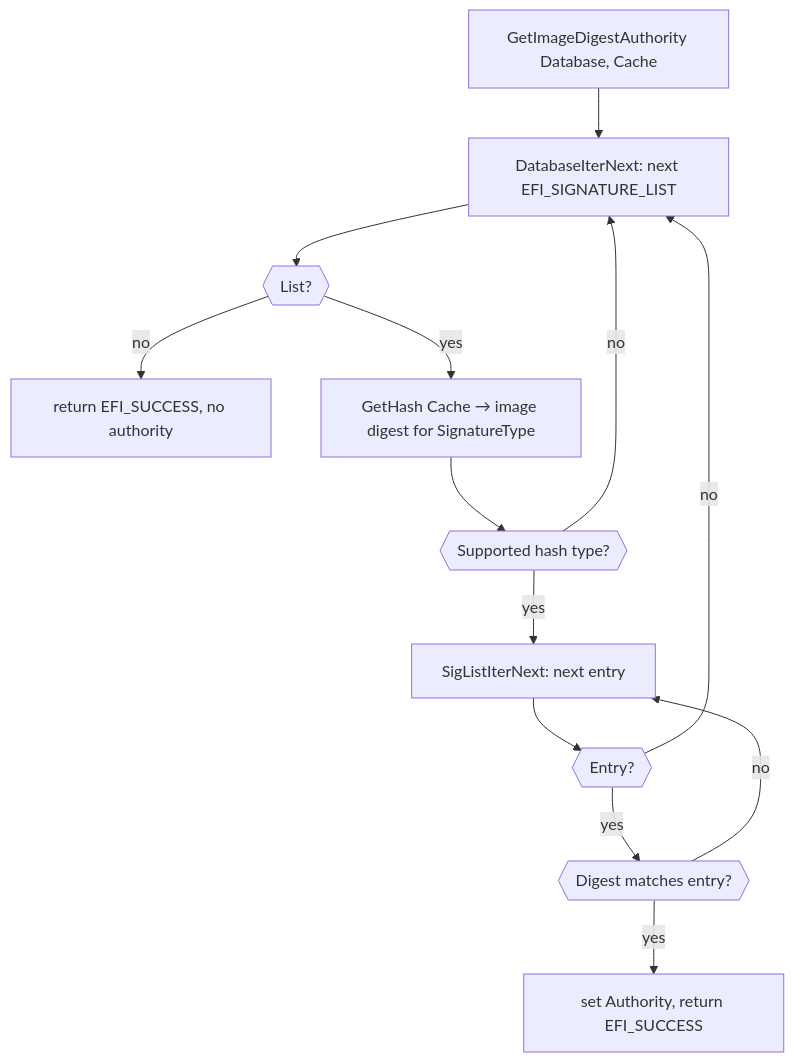
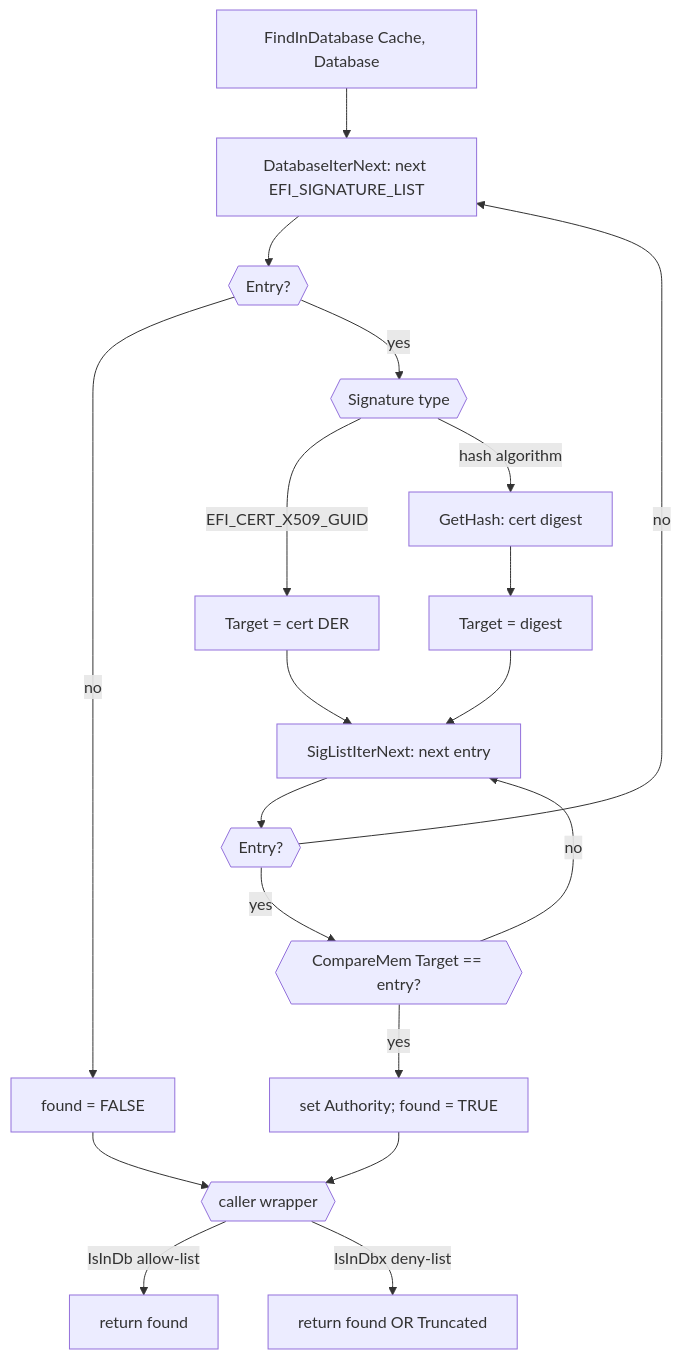
One commit to Javagedes/mu_basecore changed the third of 5 diagrams in SecurityPkg/Library/DxeImageVerificationLib2/README.md. Above: the diagram before and after it, drawn with Mermaid. The commit also changed other lines of this file and 12 other files, not shown here.

````diff
--- a/SecurityPkg/Library/DxeImageVerificationLib2/README.md
+++ b/SecurityPkg/Library/DxeImageVerificationLib2/README.md
@@ -186,15 +166,21 @@
 ```mermaid
 flowchart TD
-    A[GetImageDigestAuthority Database, Cache] --> E[DatabaseIterNext: next EFI_SIGNATURE_LIST]
-    E --> E1{{List?}}
-    E1 -- no  --> RNF[return EFI_SUCCESS, no authority]
-    E1 -- yes --> GH[GetHash Cache → image digest for SignatureType]
-    GH --> GHU{{Supported hash type?}}
-    GHU -- no --> E
-    GHU -- yes --> G[SigListIterNext: next entry]
-    G --> G1{{Entry?}}
-    G1 -- no  --> E
-    G1 -- yes --> CM{{Digest matches entry?}}
-    CM -- no  --> G
-    CM -- yes --> RT[set Authority, return EFI_SUCCESS]
+    A[FindInDatabase Cache, Database] --> E[DatabaseIterNext: next EFI_SIGNATURE_LIST]
+    E --> E1{{Entry?}}
+    E1 -- no --> RF[found = FALSE]
+    E1 -- yes --> TY{{Signature type}}
+    TY -- EFI_CERT_X509_GUID --> ST[Target = cert DER]
+    TY -- hash algorithm --> GH[GetHash: cert digest]
+    GH --> ST2[Target = digest]
+    ST --> EN[SigListIterNext: next entry]
+    ST2 --> EN
+    EN --> EN1{{Entry?}}
+    EN1 -- no --> E
+    EN1 -- yes --> CM{{CompareMem Target == entry?}}
+    CM -- no --> EN
+    CM -- yes --> FD[set Authority; found = TRUE]
+    FD --> RET{{caller wrapper}}
+    RF --> RET
+    RET -- IsInDb allow-list --> RB[return found]
+    RET -- IsInDbx deny-list --> RX[return found OR Truncated]
 ```
````
